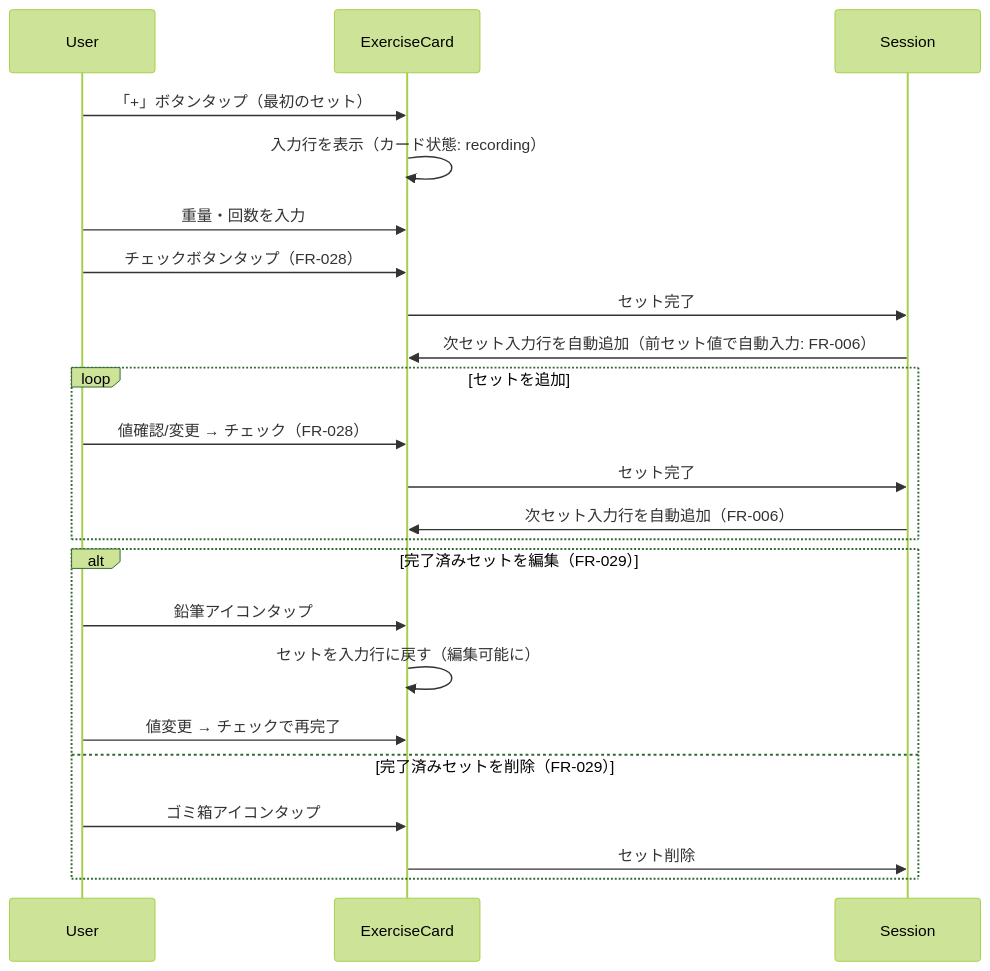
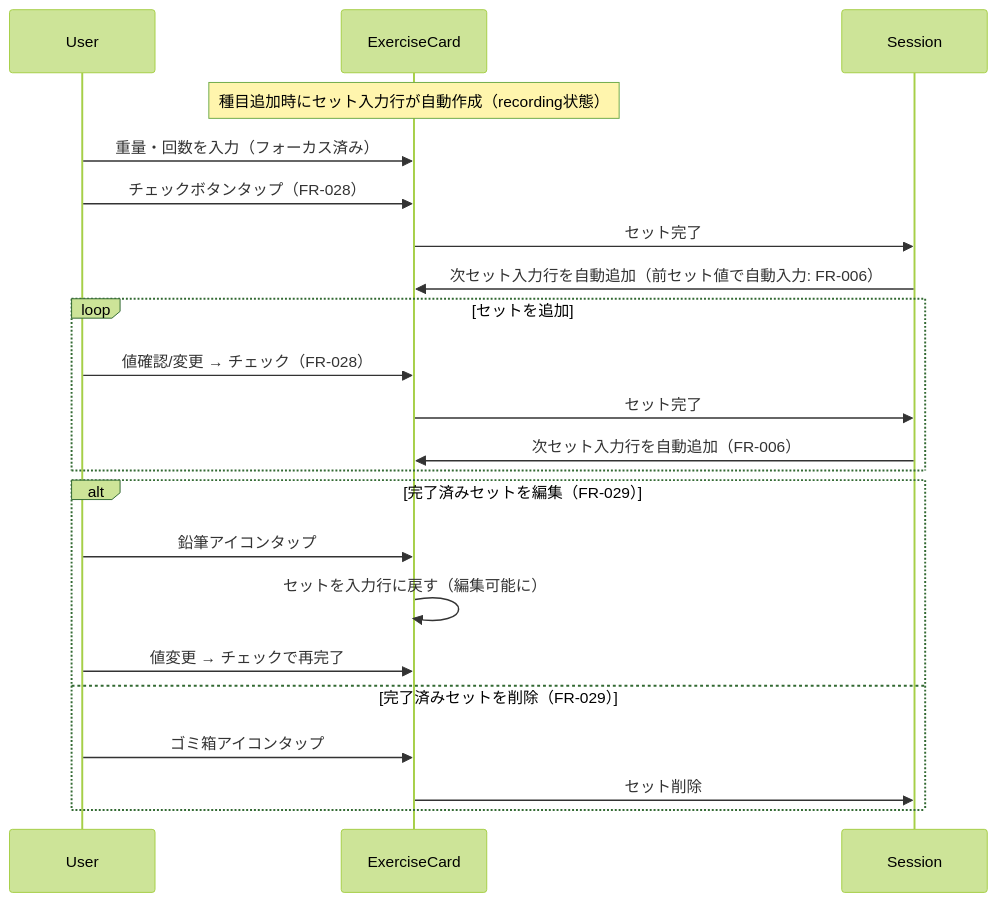
One commit to SakumaTakuya/gymini changed the third of 4 diagrams in .sdd/specification/workout/index_spec.md. Above: the diagram before and after it, drawn with Mermaid (forest theme). The commit also changed other lines of this file and 2 other files, not shown here.

````diff
--- a/.sdd/specification/workout/index_spec.md
+++ b/.sdd/specification/workout/index_spec.md
@@ -246,29 +244,28 @@
 ```mermaid
 sequenceDiagram
     participant User
     participant ExerciseCard
     participant Session
 
-    User->>ExerciseCard: 「+」ボタンタップ（最初のセット）
-    ExerciseCard->>ExerciseCard: 入力行を表示（カード状態: recording）
+    Note over ExerciseCard: 種目追加時にセット入力行が自動作成（recording状態）
 
-    User->>ExerciseCard: 重量・回数を入力
+    User->>ExerciseCard: 重量・回数を入力（フォーカス済み）
     User->>ExerciseCard: チェックボタンタップ（FR-028）
     ExerciseCard->>Session: セット完了
     Session->>ExerciseCard: 次セット入力行を自動追加（前セット値で自動入力: FR-006）
 
     loop セットを追加
         User->>ExerciseCard: 値確認/変更 → チェック（FR-028）
         ExerciseCard->>Session: セット完了
         Session->>ExerciseCard: 次セット入力行を自動追加（FR-006）
     end
 
     alt 完了済みセットを編集（FR-029）
         User->>ExerciseCard: 鉛筆アイコンタップ
         ExerciseCard->>ExerciseCard: セットを入力行に戻す（編集可能に）
         User->>ExerciseCard: 値変更 → チェックで再完了
     else 完了済みセットを削除（FR-029）
         User->>ExerciseCard: ゴミ箱アイコンタップ
         ExerciseCard->>Session: セット削除
     end
 ```
````
